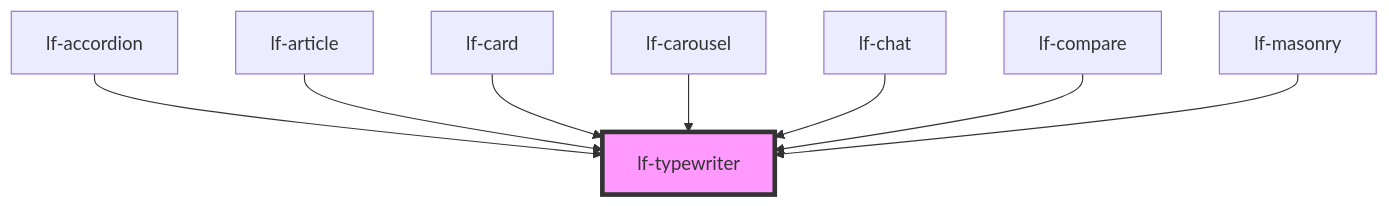
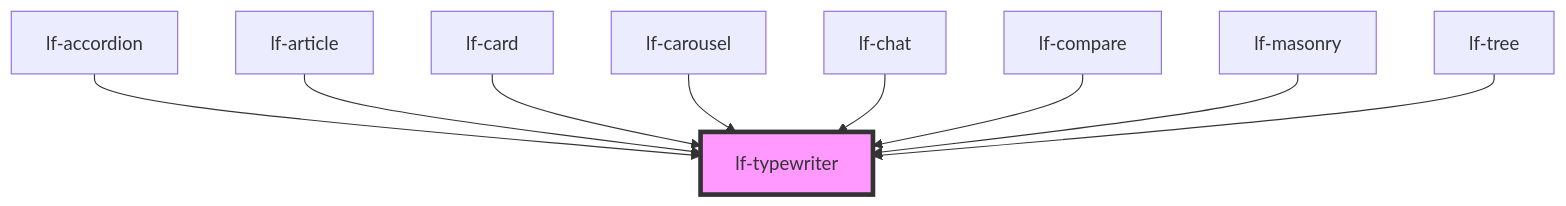
One commit to lucafoscili/lf-widgets changed the diagram in packages/core/src/components/lf-typewriter/readme.md. Above: the diagram before and after it, drawn with Mermaid. The commit also changed other lines of this file and 17 other files, not shown here.

````diff
--- a/packages/core/src/components/lf-typewriter/readme.md
+++ b/packages/core/src/components/lf-typewriter/readme.md
@@ -114,11 +115,12 @@
 ```mermaid
 graph TD;
   lf-accordion --> lf-typewriter
   lf-article --> lf-typewriter
   lf-card --> lf-typewriter
   lf-carousel --> lf-typewriter
   lf-chat --> lf-typewriter
   lf-compare --> lf-typewriter
   lf-masonry --> lf-typewriter
+  lf-tree --> lf-typewriter
   style lf-typewriter fill:#f9f,stroke:#333,stroke-width:4px
 ```
````
